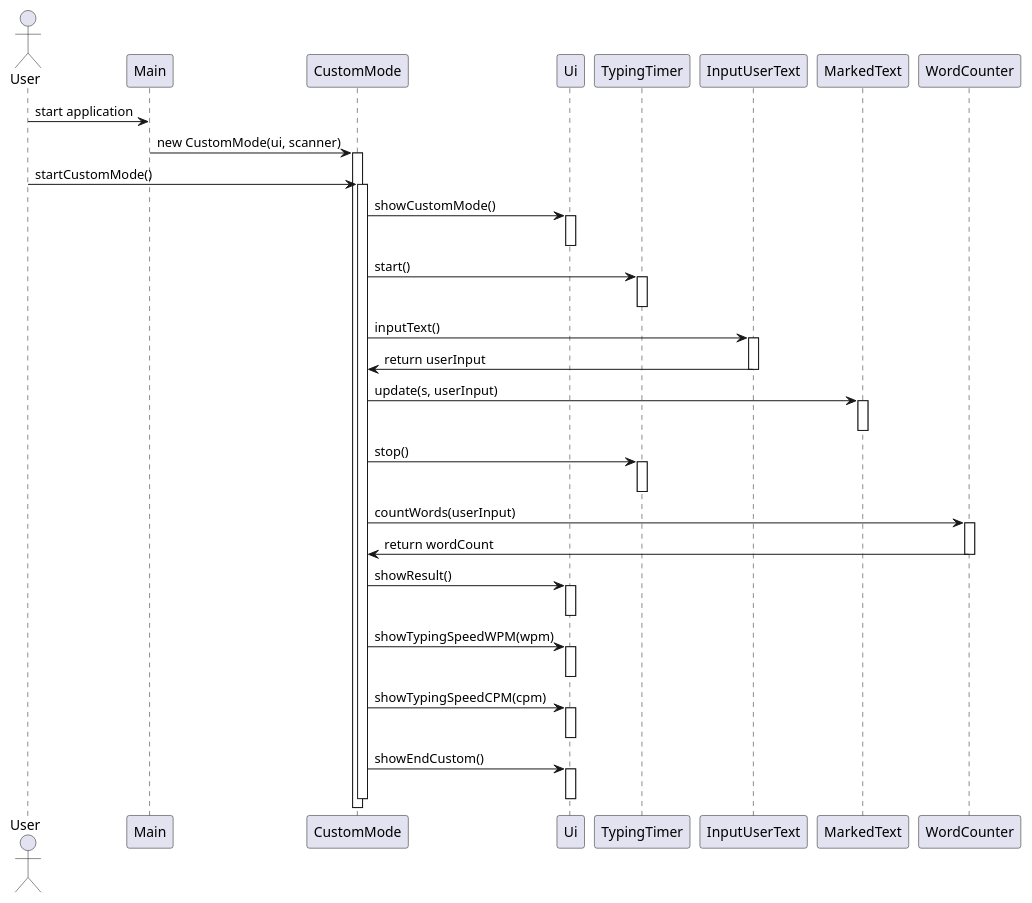
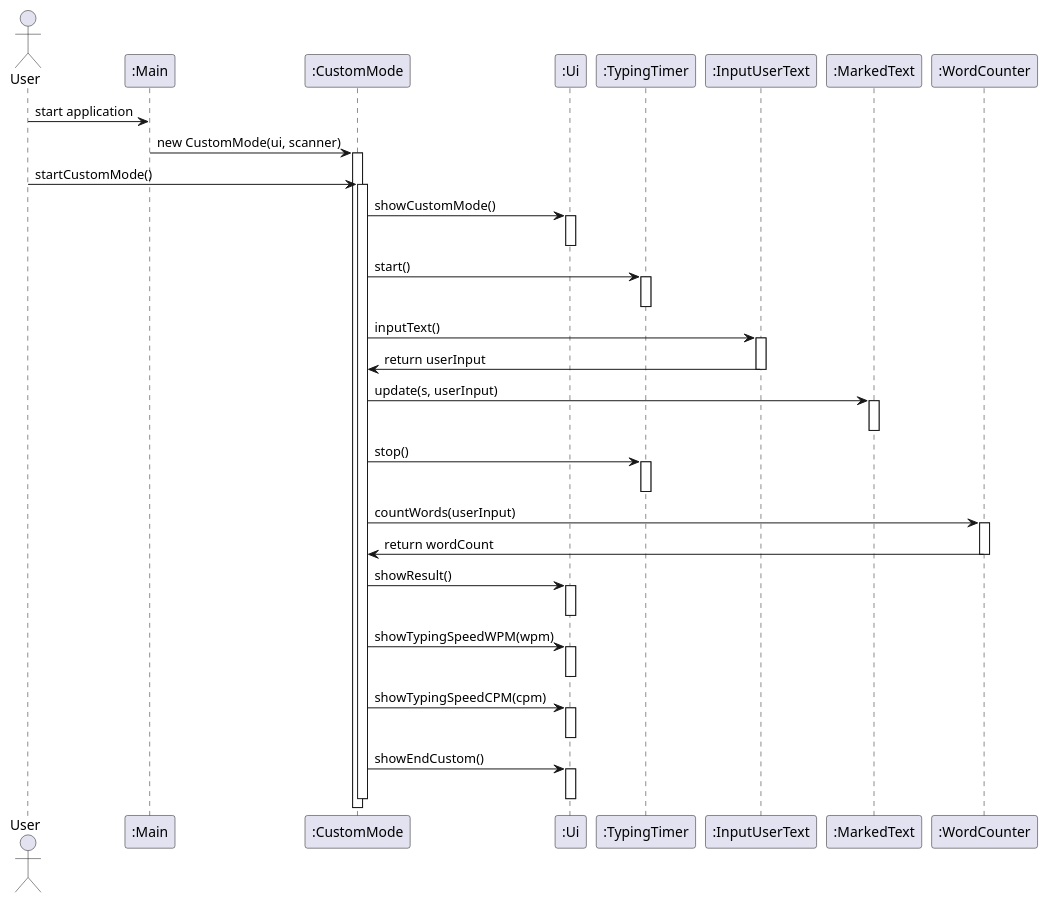
Before and after one commit to AY2425S2-CS2113-F13-2/tp: the diagram in docs/diagrams/SeqDiagramCustomMode.puml, drawn with PlantUML. The commit also changed 3 other files, not shown here.

Commit message:
Update DG diagrams

```diff
--- a/docs/diagrams/SeqDiagramCustomMode.puml
+++ b/docs/diagrams/SeqDiagramCustomMode.puml
@@ -1,60 +1,60 @@
 @startuml
 actor User
-participant Main
-participant CustomMode
-participant Ui
-participant TypingTimer
-participant InputUserText
-participant MarkedText
-participant WordCounter
+participant ":Main" as Main
+participant ":CustomMode" as CustomMode
+participant ":Ui" as Ui
+participant ":TypingTimer" as TypingTimer
+participant ":InputUserText" as InputUserText
+participant ":MarkedText" as MarkedText
+participant ":WordCounter" as WordCounter
 
 User -> Main: start application
 Main -> CustomMode: new CustomMode(ui, scanner)
 activate CustomMode
 
 User -> CustomMode: startCustomMode()
 activate CustomMode
 CustomMode -> Ui: showCustomMode()
 activate Ui
 deactivate Ui
 
 CustomMode -> TypingTimer: start()
 activate TypingTimer
 deactivate TypingTimer
 
 CustomMode -> InputUserText: inputText()
 activate InputUserText
 InputUserText -> CustomMode: return userInput
 deactivate InputUserText
 
 CustomMode -> MarkedText: update(s, userInput)
 activate MarkedText
 deactivate MarkedText
 
 CustomMode -> TypingTimer: stop()
 activate TypingTimer
 deactivate TypingTimer
 
 CustomMode -> WordCounter: countWords(userInput)
 activate WordCounter
 WordCounter -> CustomMode: return wordCount
 deactivate WordCounter
 
 CustomMode -> Ui: showResult()
 activate Ui
 deactivate Ui
 
 CustomMode -> Ui: showTypingSpeedWPM(wpm)
 activate Ui
 deactivate Ui
 
 CustomMode -> Ui: showTypingSpeedCPM(cpm)
 activate Ui
 deactivate Ui
 
 CustomMode -> Ui: showEndCustom()
 activate Ui
 deactivate Ui
 
 deactivate CustomMode
 @enduml
```
